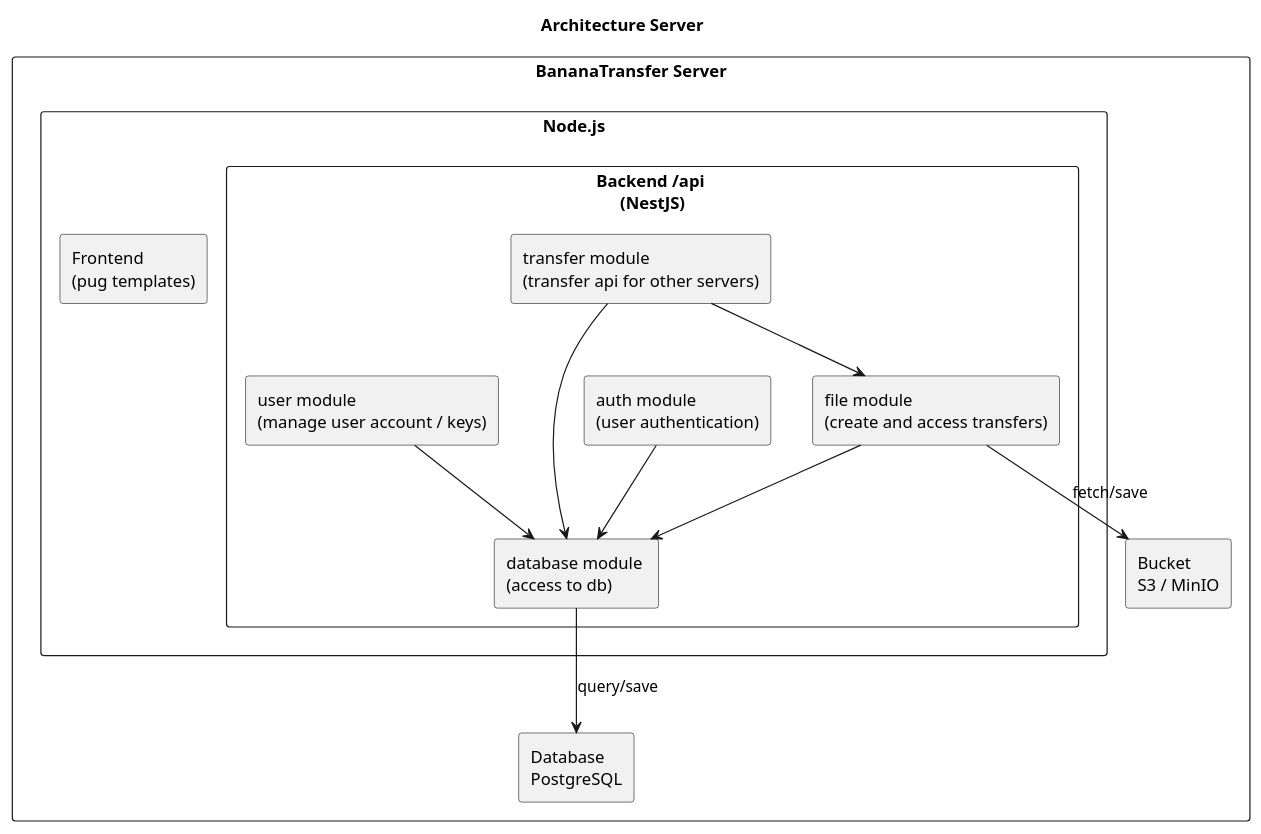
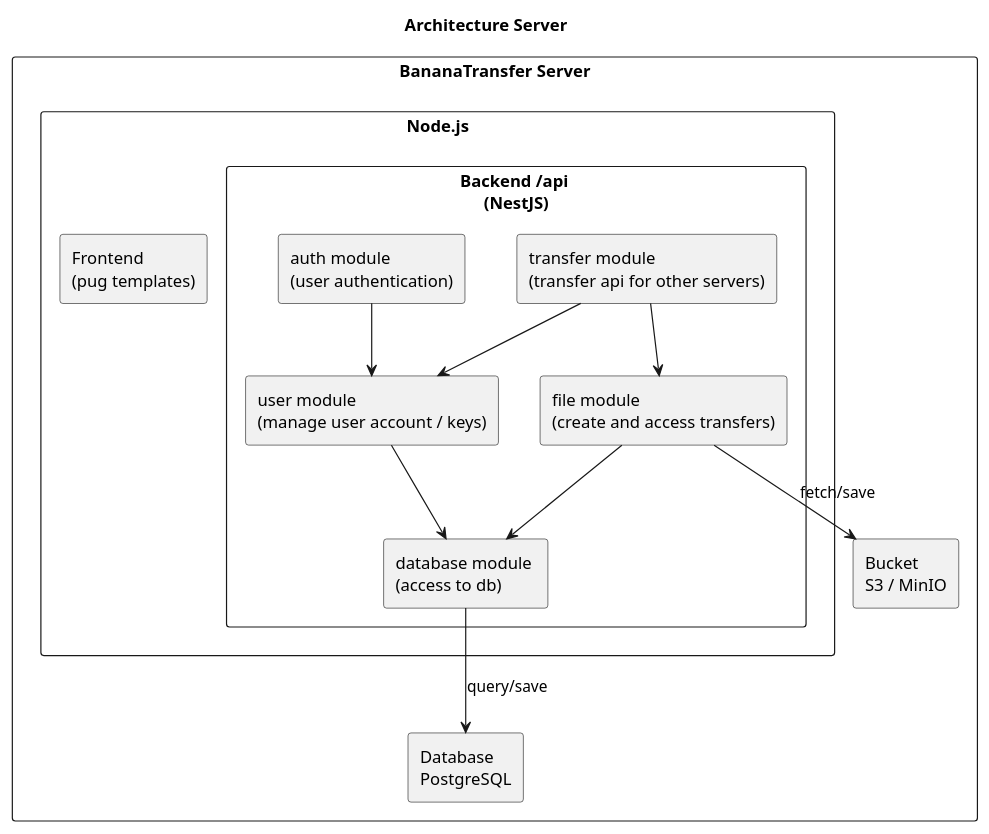
Before and after one commit to BananaTransfer/BananaTransfer: the diagram in documents/umls/architecture_server.puml, drawn with PlantUML. The commit also changed 4 other files, not shown here.

Commit message:
update db schema and code architecture

```diff
--- a/documents/umls/architecture_server.puml
+++ b/documents/umls/architecture_server.puml
@@ -1,27 +1,27 @@
 @startuml
 title Architecture Server
 
 rectangle "BananaTransfer Server" as srv {
     rectangle "Node.js" as node {
         rectangle "Frontend \n(pug templates)" as frontend
         rectangle "Backend /api \n(NestJS)" as backend {
             rectangle "auth module \n(user authentication)" as auth
             rectangle "database module \n(access to db)" as db_mod
             rectangle "file module \n(create and access transfers)" as file
             rectangle "transfer module \n(transfer api for other servers)" as transfer
             rectangle "user module \n(manage user account / keys)" as usr
         }
     }
     rectangle "Database \nPostgreSQL" as db
     rectangle "Bucket \nS3 / MinIO" as s3
 }
 
 db_mod -down-> db: "query/save"
 file -down-> s3: "fetch/save"
-auth --> db_mod
+auth --> usr
 file --> db_mod
-transfer --> db_mod
+transfer --> usr
 usr --> db_mod
 transfer --> file
 
 @enduml
```
